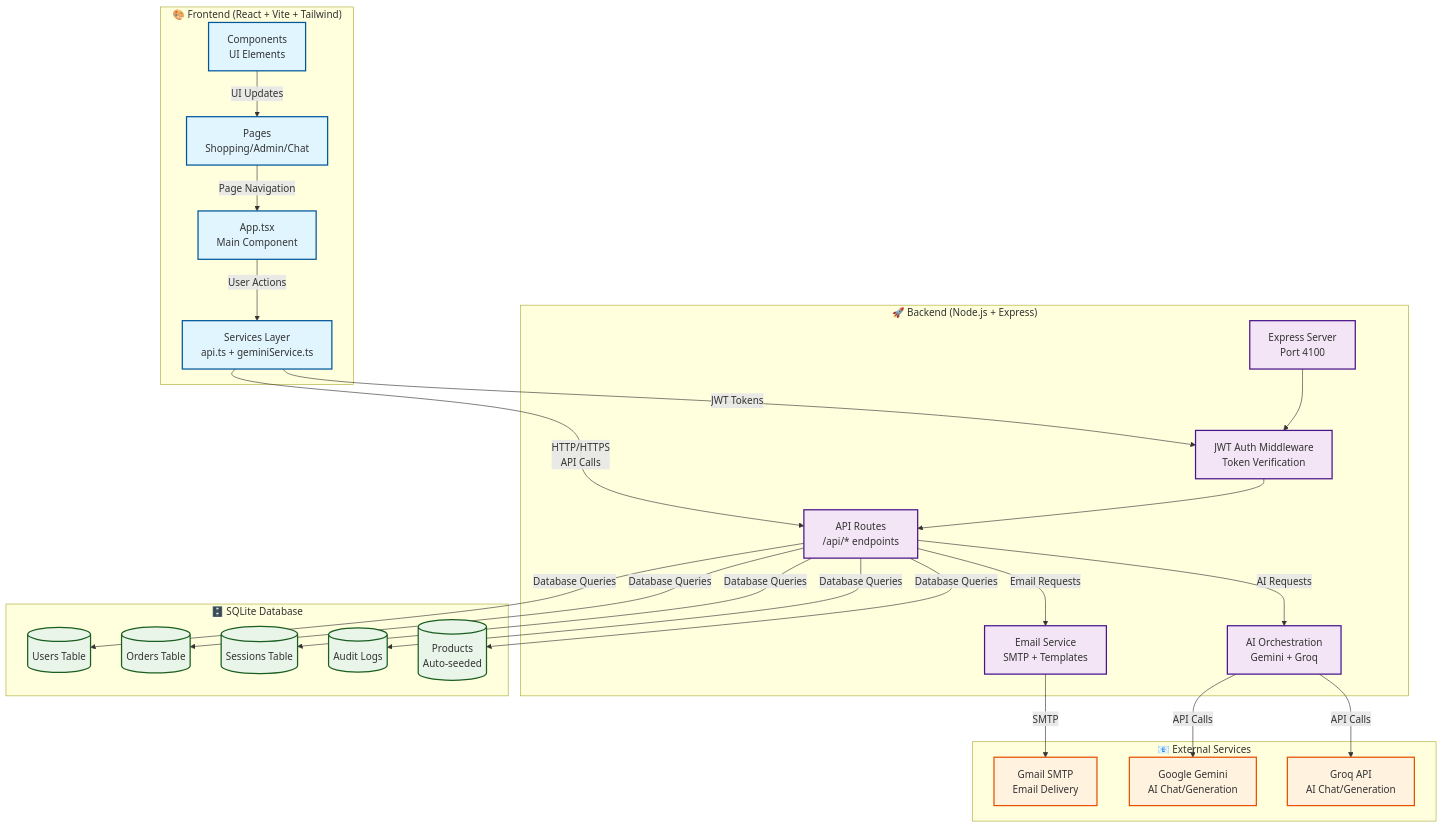
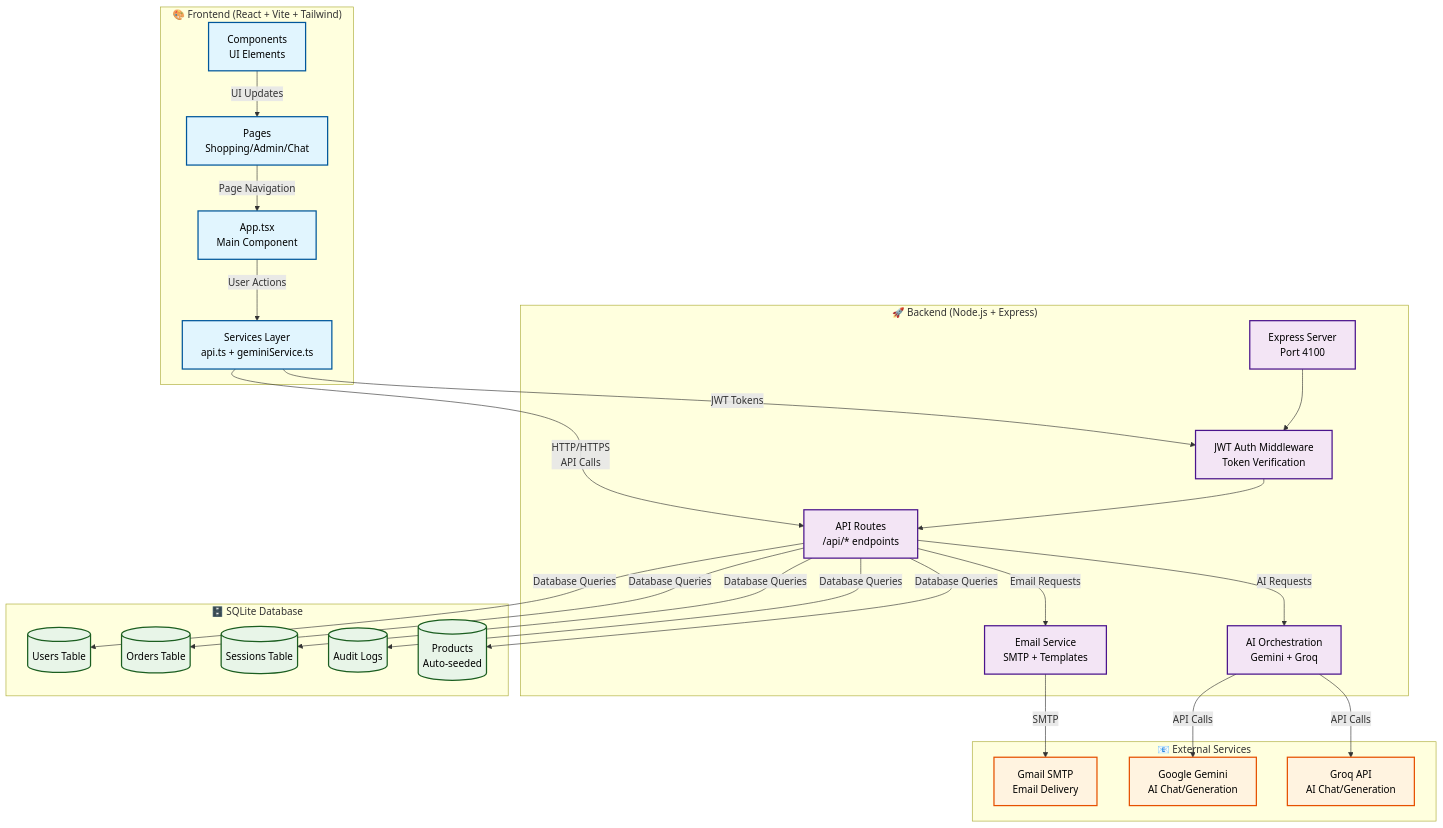
The first of 7 diagrams in ARCHITECTURE.md (DebasmitaBose0/ClickBazaar), drawn with Mermaid before and after one commit. The commit also changed other lines of this file, not shown here.

````diff
--- a/ARCHITECTURE.md
+++ b/ARCHITECTURE.md
@@ -11,69 +11,69 @@
 ```mermaid
 graph TB
     subgraph "🎨 Frontend (React + Vite + Tailwind)"
         A[App.tsx<br/>Main Component]
         B[Pages<br/>Shopping/Admin/Chat]
         C[Components<br/>UI Elements]
         D[Services Layer<br/>api.ts + geminiService.ts]
     end
 
     subgraph "🚀 Backend (Node.js + Express)"
         E[Express Server<br/>Port 4100]
         F[JWT Auth Middleware<br/>Token Verification]
         G[API Routes<br/>/api/* endpoints]
         H[Email Service<br/>SMTP + Templates]
         I[AI Orchestration<br/>Gemini + Groq]
     end
 
     subgraph "🗄️ SQLite Database"
         J[(Users Table)]
         K[(Orders Table)]
         L[(Sessions Table)]
         M[(Audit Logs)]
         N[(Products<br/>Auto-seeded)]
     end
 
     subgraph "📧 External Services"
         O[Gmail SMTP<br/>Email Delivery]
         P[Google Gemini<br/>AI Chat/Generation]
         Q[Groq API<br/>AI Chat/Generation]
     end
 
     %% Frontend to Backend connections
     D -->|HTTP/HTTPS<br/>API Calls| G
     D -->|JWT Tokens| F
 
     %% Backend internal connections
     E --> F
     F --> G
     G -->|Database Queries| J
     G -->|Database Queries| K
     G -->|Database Queries| L
     G -->|Database Queries| M
     G -->|Database Queries| N
 
     %% Email connections
     H -->|SMTP| O
     G -->|Email Requests| H
 
     %% AI connections
     I -->|API Calls| P
     I -->|API Calls| Q
     G -->|AI Requests| I
 
     %% User interactions
     A -->|User Actions| D
     B -->|Page Navigation| A
     C -->|UI Updates| B
 
     %% Styling
-    classDef frontend fill:#e1f5fe,stroke:#01579b,stroke-width:2px
-    classDef backend fill:#f3e5f5,stroke:#4a148c,stroke-width:2px
-    classDef database fill:#e8f5e8,stroke:#1b5e20,stroke-width:2px
-    classDef external fill:#fff3e0,stroke:#e65100,stroke-width:2px
+    classDef frontend fill:#e1f5fe,stroke:#01579b,stroke-width:2px,color:#000000
+    classDef backend fill:#f3e5f5,stroke:#4a148c,stroke-width:2px,color:#000000
+    classDef database fill:#e8f5e8,stroke:#1b5e20,stroke-width:2px,color:#000000
+    classDef external fill:#fff3e0,stroke:#e65100,stroke-width:2px,color:#000000
 
     class A,B,C,D frontend
     class E,F,G,H,I backend
     class J,K,L,M,N database
     class O,P,Q external
 ```
````
